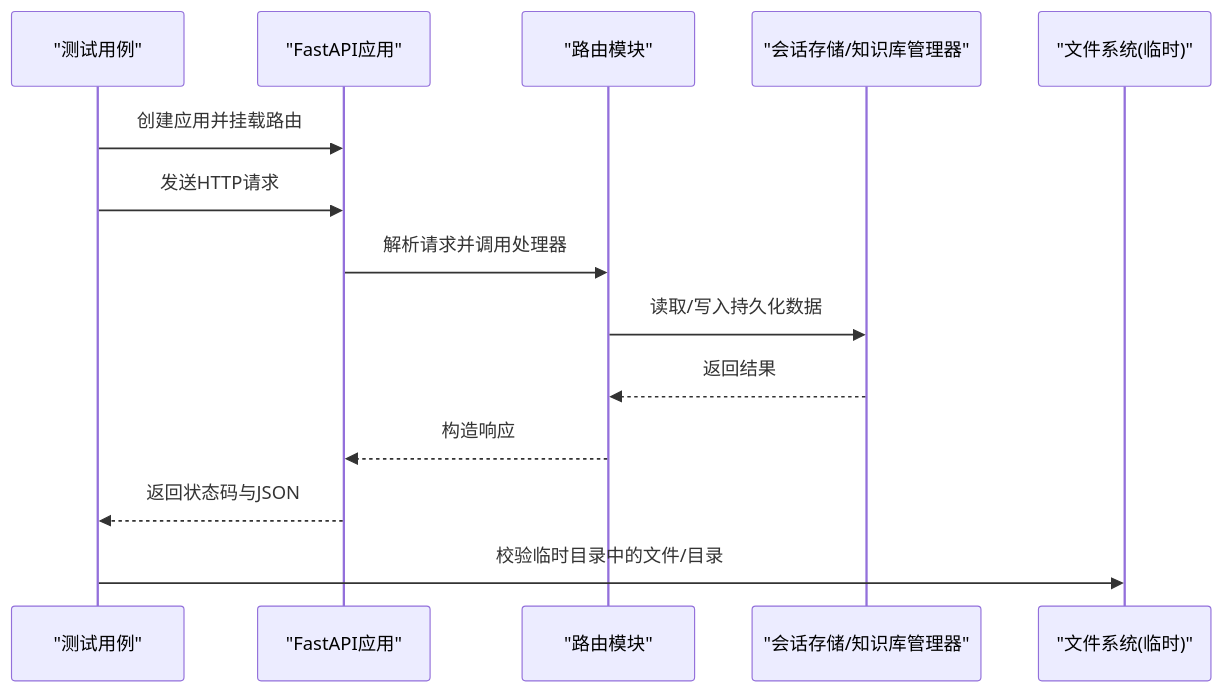
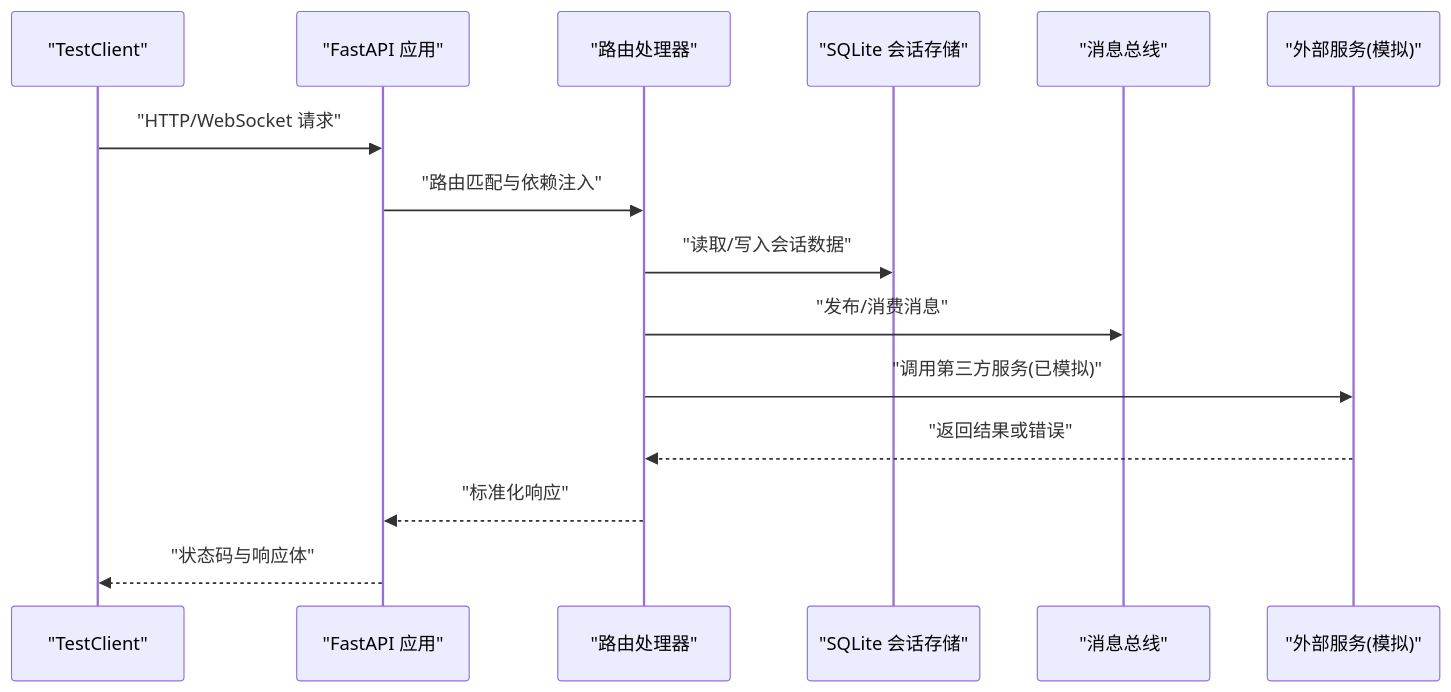
The second of 9 diagrams in .qoder/repowiki/zh/content/测试策略/集成测试.md (gongzili456/DeepTutor), drawn with Mermaid before and after one commit. The commit also changed other lines of this file and 1242 other files, not shown here.

````diff
--- a/.qoder/repowiki/zh/content/测试策略/集成测试.md
+++ b/.qoder/repowiki/zh/content/测试策略/集成测试.md
@@ -70,16 +117,17 @@
 ```mermaid
 sequenceDiagram
-participant T as "测试用例"
-participant App as "FastAPI应用"
-participant Router as "路由模块"
-participant Store as "会话存储/知识库管理器"
-participant FS as "文件系统(临时)"
-T->>App : 创建应用并挂载路由
-T->>App : 发送HTTP请求
-App->>Router : 解析请求并调用处理器
-Router->>Store : 读取/写入持久化数据
-Store-->>Router : 返回结果
-Router-->>App : 构造响应
-App-->>T : 返回状态码与JSON
-T->>FS : 校验临时目录中的文件/目录
+participant TC as "TestClient"
+participant APP as "FastAPI 应用"
+participant ROUTE as "路由处理器"
+participant STORE as "SQLite 会话存储"
+participant BUS as "消息总线"
+participant EXT as "外部服务(模拟)"
+TC->>APP : "HTTP/WebSocket 请求"
+APP->>ROUTE : "路由匹配与依赖注入"
+ROUTE->>STORE : "读取/写入会话数据"
+ROUTE->>BUS : "发布/消费消息"
+ROUTE->>EXT : "调用第三方服务(已模拟)"
+EXT-->>ROUTE : "返回结果或错误"
+ROUTE-->>APP : "标准化响应"
+APP-->>TC : "状态码与响应体"
 ```
````
